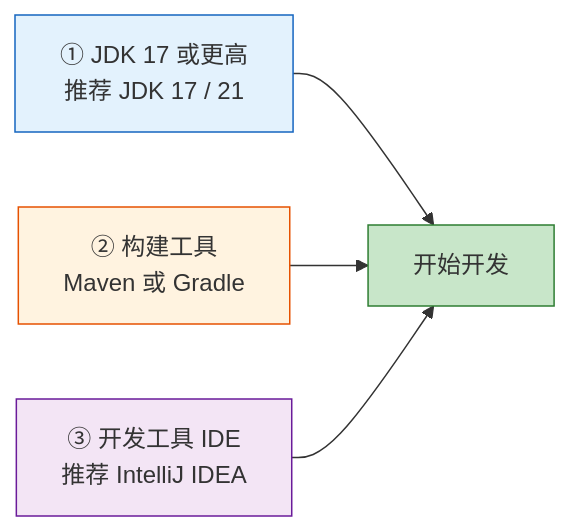
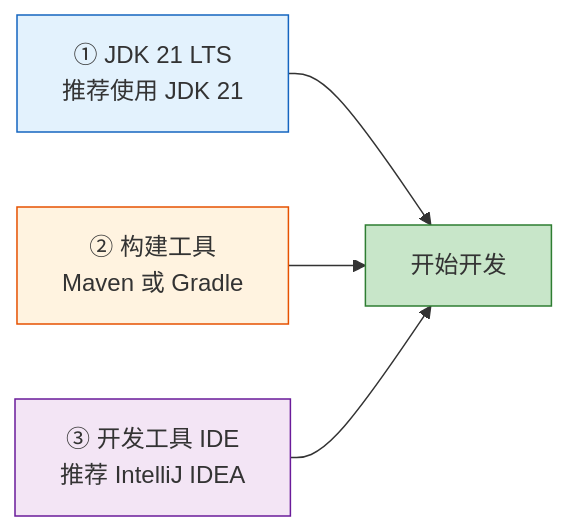
Before and after one commit to zerioo1970/summary: the fourth of 6 diagrams in spring-boot-3.5-学习资料/01-SpringBoot简介与环境搭建.md, drawn with Mermaid. The commit also changed other lines of this file and 5 other files, not shown here.

First line of the commit message:
docs: 教程统一使用 JDK 21 LTS

````diff
--- a/spring-boot-3.5-学习资料/01-SpringBoot简介与环境搭建.md
+++ b/spring-boot-3.5-学习资料/01-SpringBoot简介与环境搭建.md
@@ -103,11 +103,11 @@
 ```mermaid
 flowchart LR
-    A[① JDK 17 或更高<br/>推荐 JDK 17 / 21] --> D[开始开发]
+    A[① JDK 21 LTS<br/>推荐使用 JDK 21] --> D[开始开发]
     B[② 构建工具<br/>Maven 或 Gradle] --> D
     C[③ 开发工具 IDE<br/>推荐 IntelliJ IDEA] --> D
 
     style A fill:#e3f2fd,stroke:#1565c0
     style B fill:#fff3e0,stroke:#e65100
     style C fill:#f3e5f5,stroke:#6a1b9a
     style D fill:#c8e6c9,stroke:#2e7d32
 ```
````
